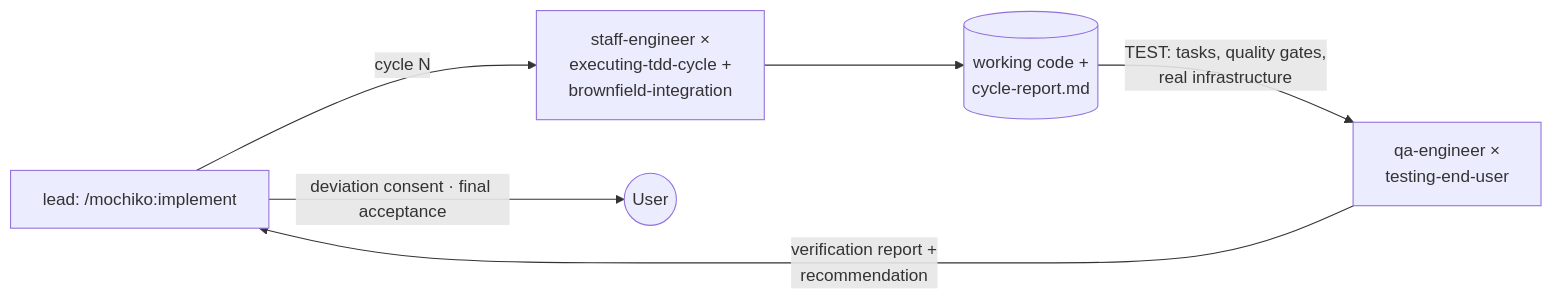
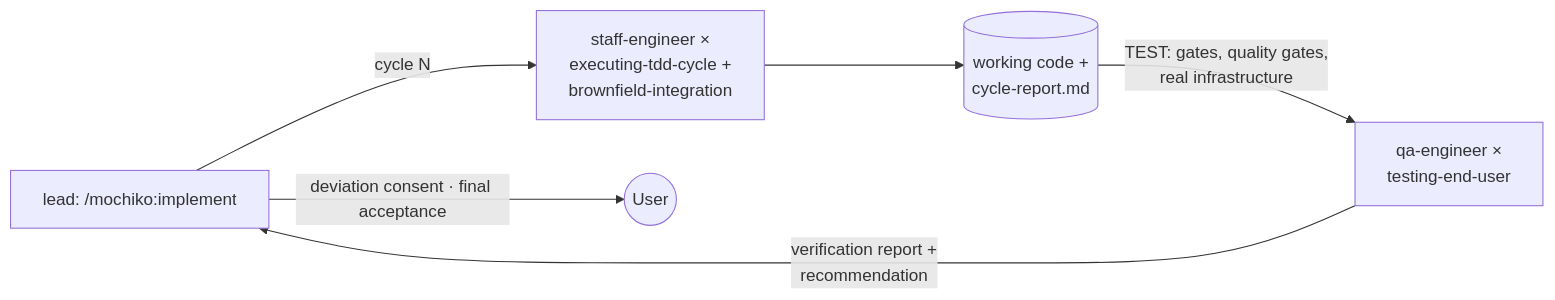
One commit to humaninloop-dev/mochiko changed the seventh of 7 diagrams in ARCHITECTURE.md. Above: the diagram before and after it, drawn with Mermaid. The commit also changed other lines of this file and 66 other files, not shown here.

````diff
--- a/ARCHITECTURE.md
+++ b/ARCHITECTURE.md
@@ -260,11 +243,11 @@
 ```mermaid
 flowchart LR
   lead["lead: /mochiko:implement"]
   se["staff-engineer ×<br/>executing-tdd-cycle +<br/>brownfield-integration"]
   qa["qa-engineer ×<br/>testing-end-user"]
   lead -->|"cycle N"| se
   se --> code[("working code +<br/>cycle-report.md")]
-  code -->|"TEST: tasks, quality gates,<br/>real infrastructure"| qa
+  code -->|"TEST: gates, quality gates,<br/>real infrastructure"| qa
   qa -->|"verification report +<br/>recommendation"| lead
   lead -->|"deviation consent · final acceptance"| user(("User"))
 ```
````
